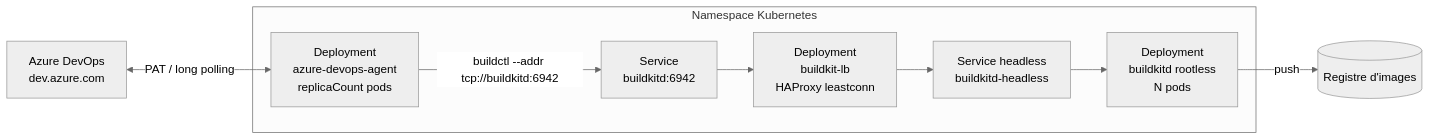
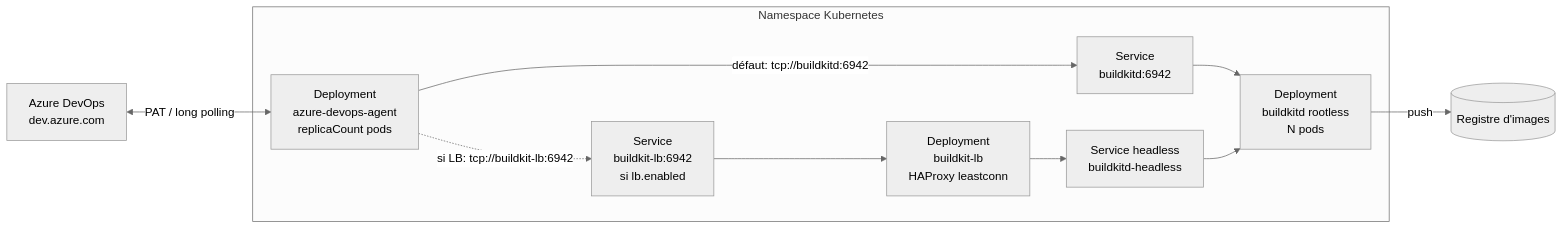
One commit to SEPTEO-OPENSOURCE/azure-agent-pipeline changed the diagram in README.md. Above: the diagram before and after it, drawn with Mermaid (neutral theme). The commit also changed other lines of this file, not shown here.

````diff
--- a/README.md
+++ b/README.md
@@ -38,16 +42,17 @@
 ```mermaid
 flowchart LR
     ADO[Azure DevOps<br/>dev.azure.com] <-- "PAT / long polling" --> AGENT
 
     subgraph NS[Namespace Kubernetes]
         AGENT[Deployment<br/>azure-devops-agent<br/>replicaCount pods]
         SVC[Service<br/>buildkitd:6942]
+        LBSVC[Service<br/>buildkit-lb:6942<br/>si lb.enabled]
         LB[Deployment<br/>buildkit-lb<br/>HAProxy leastconn]
         HEAD[Service headless<br/>buildkitd-headless]
         BK[Deployment<br/>buildkitd rootless<br/>N pods]
-        AGENT -- "buildctl --addr tcp://buildkitd:6942" --> SVC --> LB
-        LB --> HEAD --> BK
+        AGENT -- "défaut: tcp://buildkitd:6942" --> SVC --> BK
+        AGENT -. "si LB: tcp://buildkit-lb:6942" .-> LBSVC --> LB --> HEAD --> BK
     end
 
     BK -- "push" --> REG[(Registre d'images)]
 ```
````
